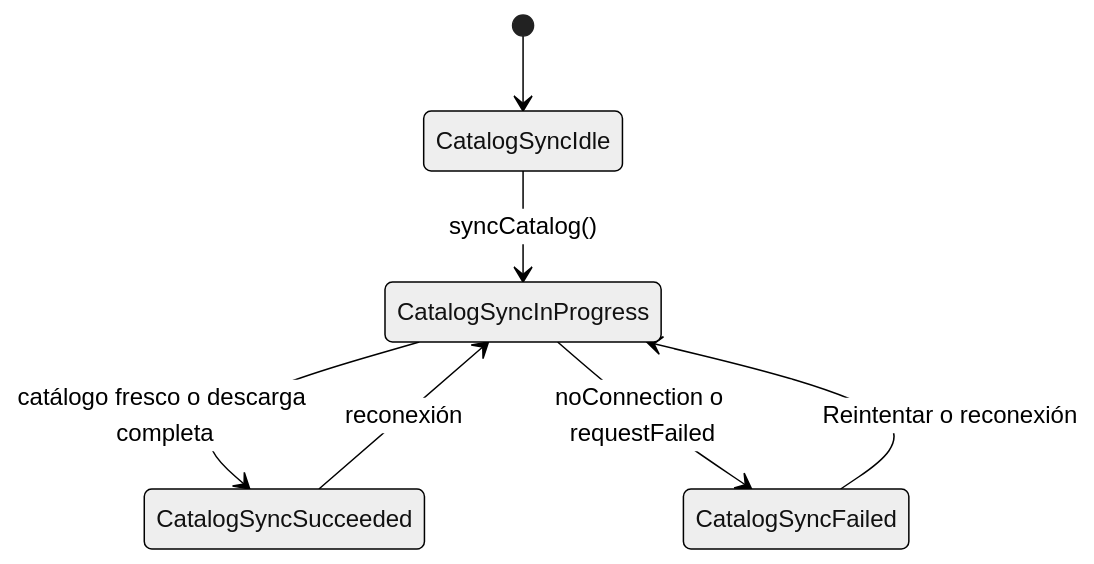
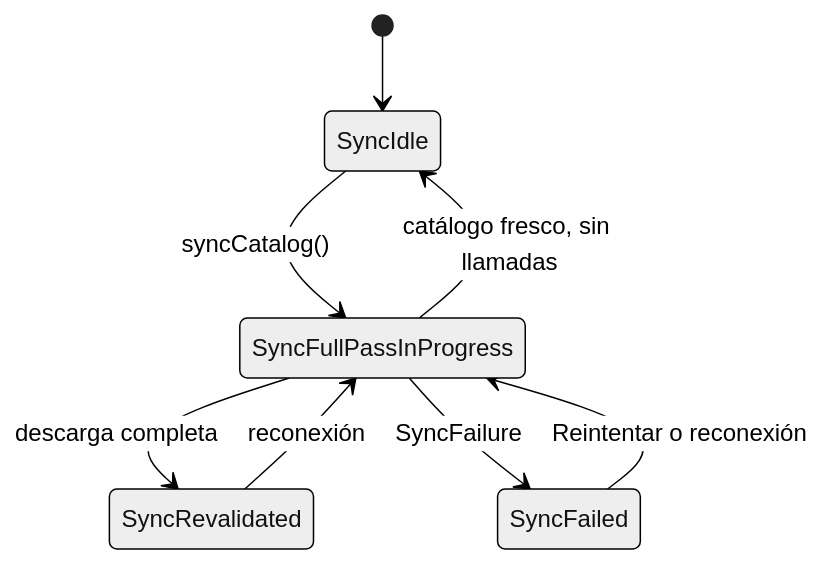
Before and after one commit to JoseHidalgoG/pokedex-flutter: the third of 5 diagrams in docs/arquitectura.md, drawn with Mermaid (neutral theme). The commit also changed other lines of this file, not shown here.

Commit message:
docs(arquitectura): describir SyncStatus y la tabla de fallos

````diff
--- a/docs/arquitectura.md
+++ b/docs/arquitectura.md
@@ -112,9 +114,10 @@
 ```mermaid
 stateDiagram-v2
-  [*] --> CatalogSyncIdle
-  CatalogSyncIdle --> CatalogSyncInProgress: syncCatalog()
-  CatalogSyncInProgress --> CatalogSyncSucceeded: catálogo fresco o descarga completa
-  CatalogSyncInProgress --> CatalogSyncFailed: noConnection o requestFailed
-  CatalogSyncSucceeded --> CatalogSyncInProgress: reconexión
-  CatalogSyncFailed --> CatalogSyncInProgress: Reintentar o reconexión
+  [*] --> SyncIdle
+  SyncIdle --> SyncFullPassInProgress: syncCatalog()
+  SyncFullPassInProgress --> SyncIdle: catálogo fresco, sin llamadas
+  SyncFullPassInProgress --> SyncRevalidated: descarga completa
+  SyncFullPassInProgress --> SyncFailed: SyncFailure
+  SyncRevalidated --> SyncFullPassInProgress: reconexión
+  SyncFailed --> SyncFullPassInProgress: Reintentar o reconexión
 ```
````
